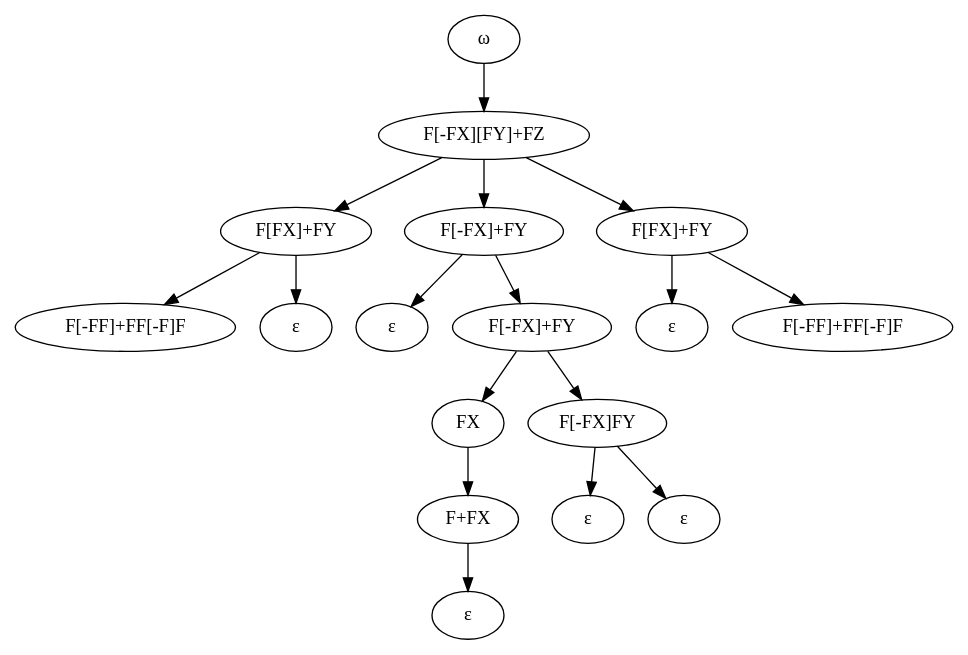
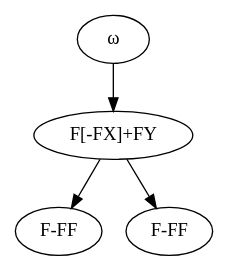
Before and after one commit to adrian-helberg/bachelor: the diagram in Generator/user_structure.dot, drawn with Graphviz. The commit also changed 19 other files, not shown here.

```diff
--- a/Generator/user_structure.dot
+++ b/Generator/user_structure.dot
@@ -1,35 +1,9 @@
 digraph {
 omega [label="ω"]
-0 [label="F[-FX][FY]+FZ"]
-1 [label="F[FX]+FY"]
-2 [label="F[-FX]+FY"]
-3 [label="F[FX]+FY"]
-4 [label="F[-FF]+FF[-F]F"]
-5 [label="ε"]
-6 [label="ε"]
-7 [label="F[-FX]+FY"]
-8 [label="ε"]
-9 [label="F[-FF]+FF[-F]F"]
-10 [label="FX"]
-11 [label="F[-FX]FY"]
-12 [label="F+FX"]
-13 [label="ε"]
-14 [label="ε"]
-15 [label="ε"]
+0 [label="F[-FX]+FY"]
+1 [label="F-FF"]
+2 [label="F-FF"]
 omega -> 0
 0 -> 1
 0 -> 2
-0 -> 3
-1 -> 4
-1 -> 5
-2 -> 6
-2 -> 7
-3 -> 8
-3 -> 9
-7 -> 10
-7 -> 11
-10 -> 12
-11 -> 13
-11 -> 14
-12 -> 15
 }
```
